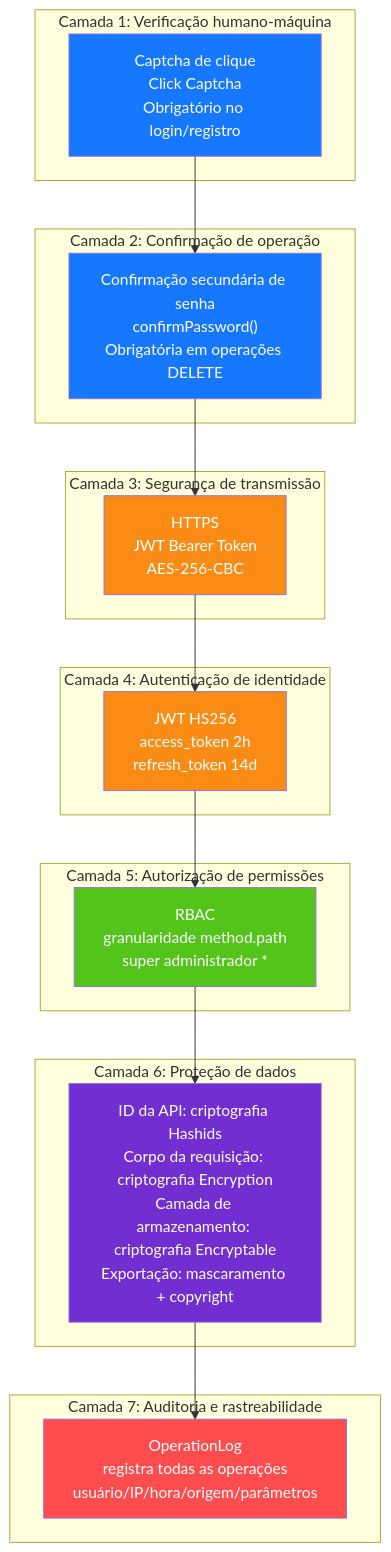
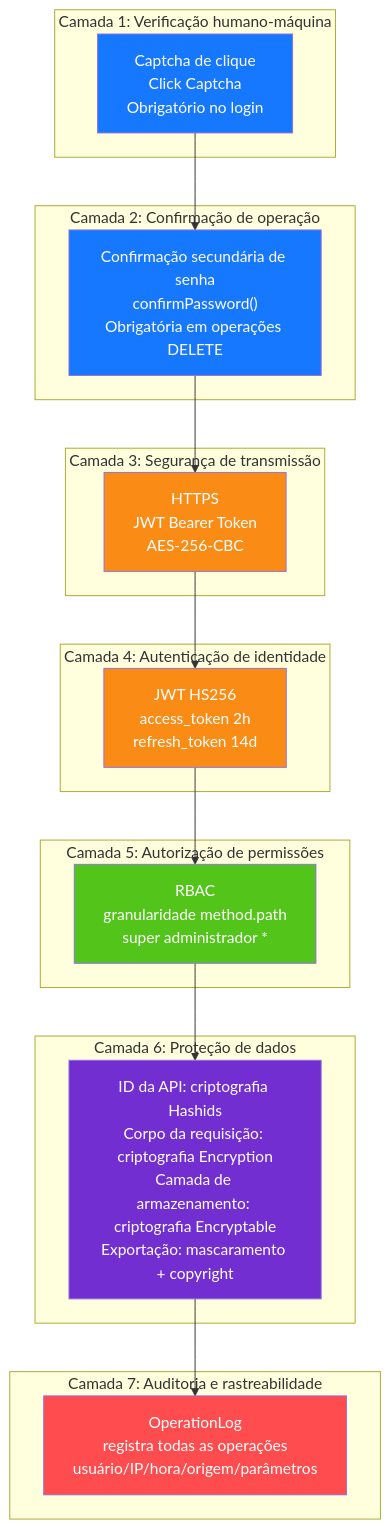
Diagram 13 of 14 in docs/ARCHITECTURE.pt.md (erikwang2013/open-admin), drawn with Mermaid before and after one commit. The commit also changed other lines of this file and 115 other files, not shown here.

First line of the commit message:
功能：新增项目宠物「小安」、站点首页与手写 SVG 设计图集；全部文档对齐代码

````diff
--- a/docs/ARCHITECTURE.pt.md
+++ b/docs/ARCHITECTURE.pt.md
@@ -607,40 +598,40 @@
 ```mermaid
 flowchart TB
     subgraph "Camada 1: Verificação humano-máquina"
-        L1["Captcha de clique<br/>Click Captcha<br/>Obrigatório no login/registro"]
+        L1["Captcha de clique<br/>Click Captcha<br/>Obrigatório no login"]
     end
 
     subgraph "Camada 2: Confirmação de operação"
         L2["Confirmação secundária de senha<br/>confirmPassword()<br/>Obrigatória em operações DELETE"]
     end
 
     subgraph "Camada 3: Segurança de transmissão"
         L3["HTTPS<br/>JWT Bearer Token<br/>AES-256-CBC"]
     end
 
     subgraph "Camada 4: Autenticação de identidade"
         L4["JWT HS256<br/>access_token 2h<br/>refresh_token 14d"]
     end
 
     subgraph "Camada 5: Autorização de permissões"
         L5["RBAC<br/>granularidade method.path<br/>super administrador *"]
     end
 
     subgraph "Camada 6: Proteção de dados"
         L6["ID da API: criptografia Hashids<br/>Corpo da requisição: criptografia Encryption<br/>Camada de armazenamento: criptografia Encryptable<br/>Exportação: mascaramento + copyright"]
     end
 
     subgraph "Camada 7: Auditoria e rastreabilidade"
         L7["OperationLog<br/>registra todas as operações<br/>usuário/IP/hora/origem/parâmetros"]
     end
 
     L1 --> L2 --> L3 --> L4 --> L5 --> L6 --> L7
 
     style L1 fill:#1677FF,color:#fff
     style L2 fill:#1677FF,color:#fff
     style L3 fill:#FA8C16,color:#fff
     style L4 fill:#FA8C16,color:#fff
     style L5 fill:#52C41A,color:#fff
     style L6 fill:#722ED1,color:#fff
     style L7 fill:#FF4D4F,color:#fff
 ```
````
